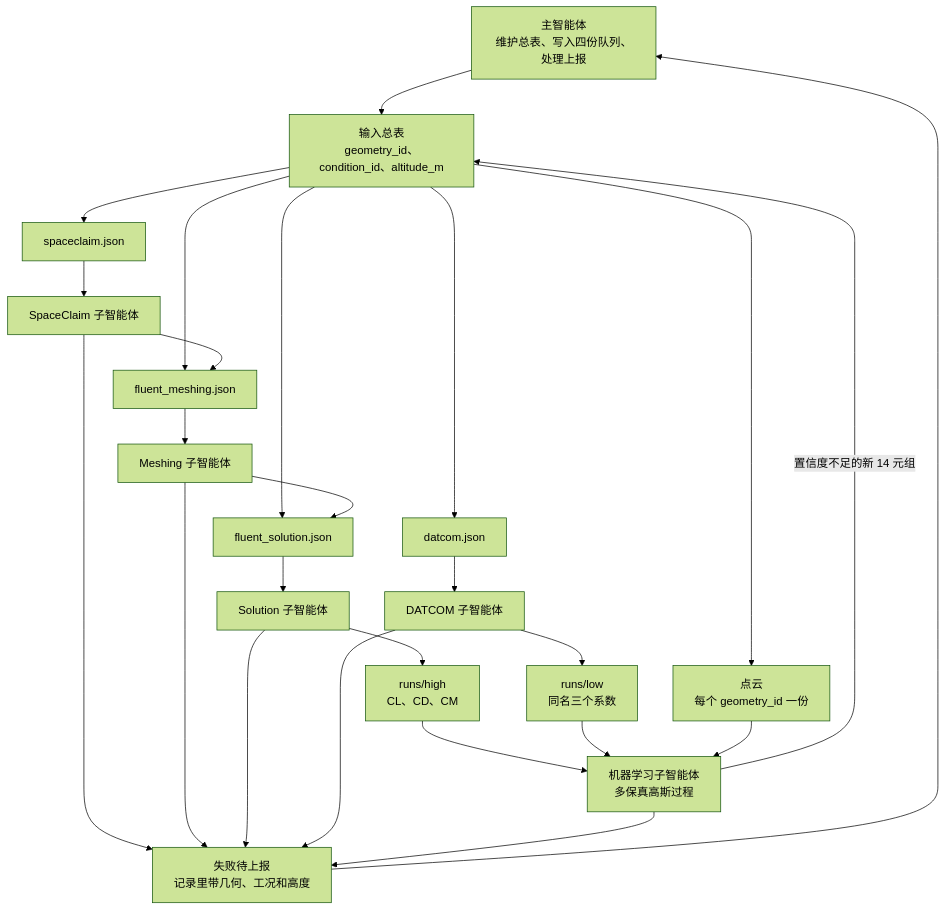
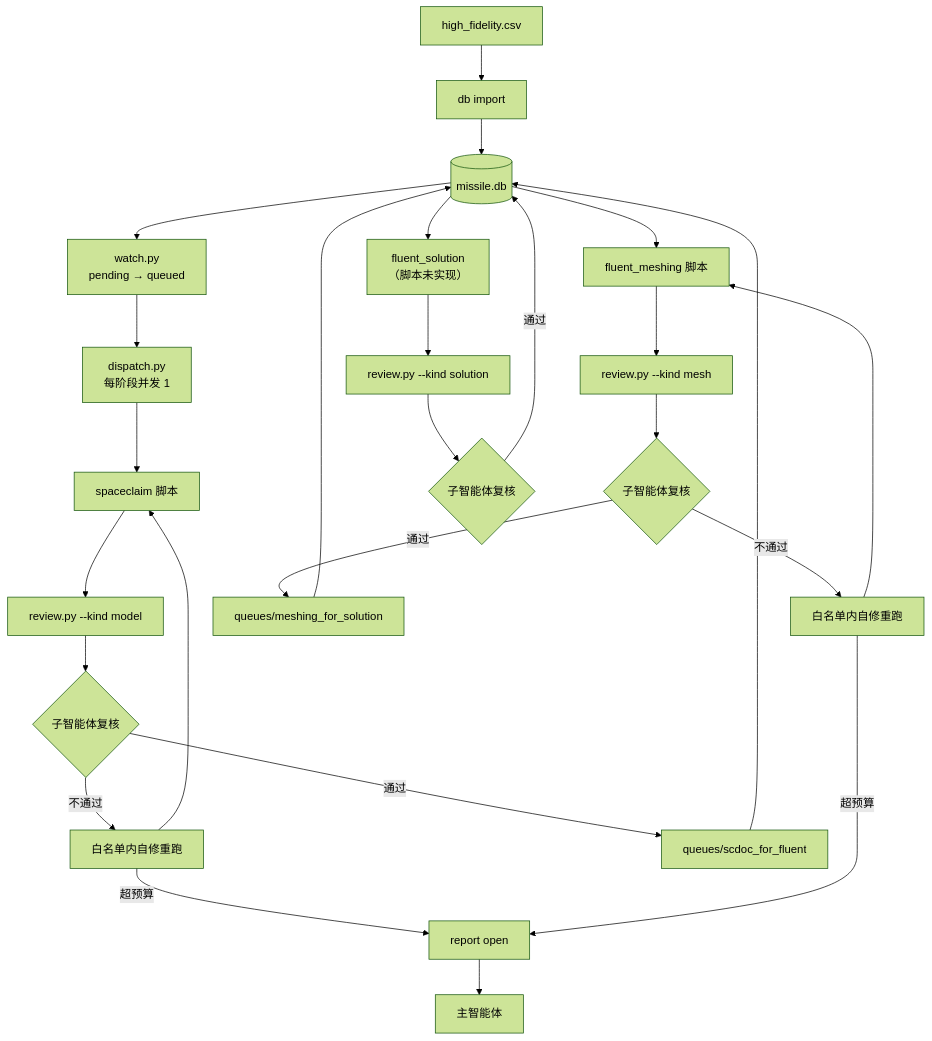
The first of 3 diagrams in myplan.md (Chen-Xin-Yuan/AutoWorkflow-Spaceclaim-Fluent-ML), drawn with Mermaid (forest theme) before and after one commit. The commit also changed other lines of this file and 78 other files, not shown here.

````diff
--- a/myplan.md
+++ b/myplan.md
@@ -109,49 +385,28 @@
 ```mermaid
 flowchart TD
-  main["主智能体<br/>维护总表、写入四份队列、处理上报"]
-  csv["输入总表<br/>geometry_id、condition_id、altitude_m"]
-  cloud["点云<br/>每个 geometry_id 一份"]
-
-  qsc["spaceclaim.json"]
-  qmesh["fluent_meshing.json"]
-  qsol["fluent_solution.json"]
-  qdat["datcom.json"]
-
-  sc["SpaceClaim 子智能体"]
-  mesh["Meshing 子智能体"]
-  sol["Solution 子智能体"]
-  dat["DATCOM 子智能体"]
-
-  high["runs/high<br/>CL、CD、CM"]
-  low["runs/low<br/>同名三个系数"]
-  ml["机器学习子智能体<br/>多保真高斯过程"]
-  report["失败待上报<br/>记录里带几何、工况和高度"]
-
-  main --> csv
-  csv --> cloud
-  csv --> qsc
-  csv --> qmesh
-  csv --> qsol
-  csv --> qdat
-
-  qsc --> sc
-  sc --> qmesh
-  qmesh --> mesh
-  mesh --> qsol
-  qsol --> sol
-  qdat --> dat
-
-  sol --> high
-  dat --> low
-  high --> ml
-  low --> ml
-  cloud --> ml
-  ml -->|"置信度不足的新 14 元组"| csv
-
-  sc --> report
-  mesh --> report
-  sol --> report
-  dat --> report
-  ml --> report
-  report --> main
+  csv["high_fidelity.csv"] --> imp["db import"]
+  imp --> db[("missile.db")]
+  db --> wat["watch.py<br/>pending → queued"]
+  wat --> dis["dispatch.py<br/>每阶段并发 1"]
+  dis --> sc["spaceclaim 脚本"]
+  sc --> r1["review.py --kind model"]
+  r1 --> a1{"子智能体复核"}
+  a1 -->|不通过| fix1["白名单内自修重跑"]
+  fix1 --> sc
+  fix1 -->|超预算| rep["report open"]
+  a1 -->|通过| q1["queues/scdoc_for_fluent"]
+  q1 --> db
+  db --> me["fluent_meshing 脚本"]
+  me --> r2["review.py --kind mesh"]
+  r2 --> a2{"子智能体复核"}
+  a2 -->|不通过| fix2["白名单内自修重跑"]
+  fix2 --> me
+  fix2 -->|超预算| rep
+  a2 -->|通过| q2["queues/meshing_for_solution"]
+  q2 --> db
+  db --> so["fluent_solution<br/>（脚本未实现）"]
+  so --> r3["review.py --kind solution"]
+  r3 --> a3{"子智能体复核"}
+  a3 -->|通过| db
+  rep --> main["主智能体"]
 ```
````
